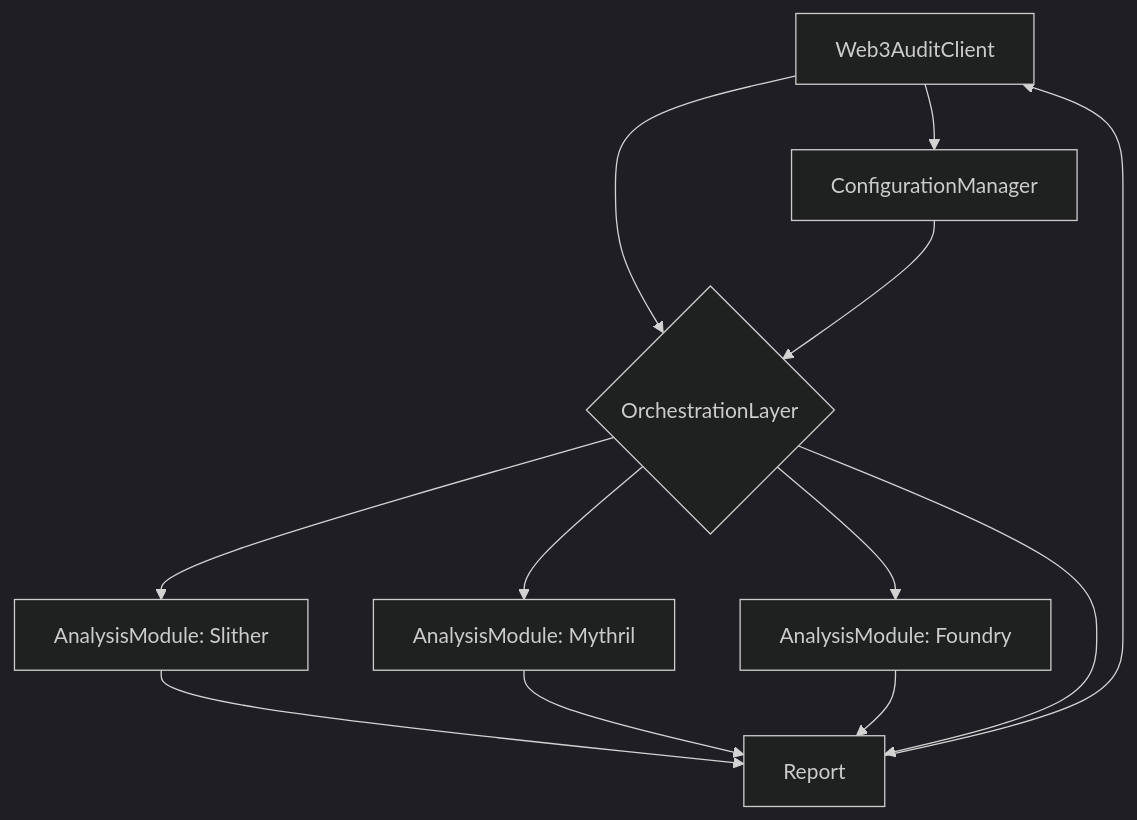
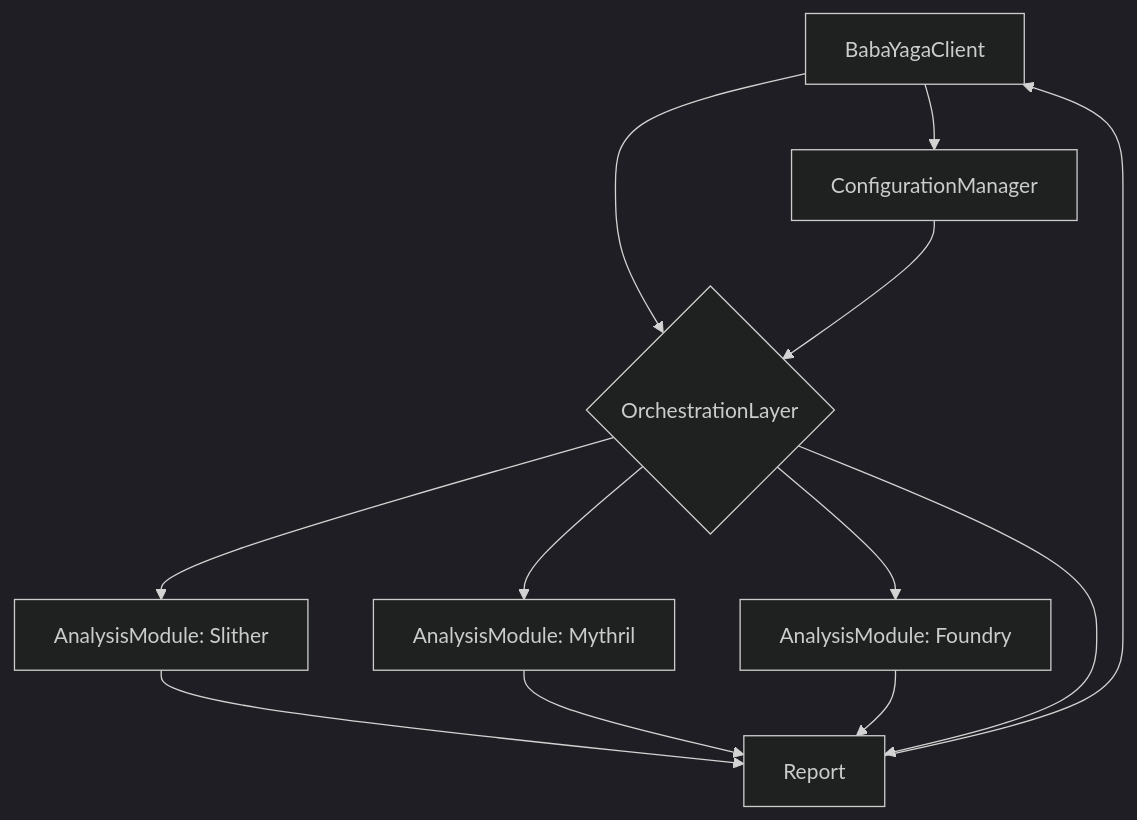
Before and after one commit to avaloki108/BabaYaga: the diagram in DESIGN.md, drawn with Mermaid (dark theme). The commit also changed other lines of this file and 18 other files, not shown here.

Commit message:
Replace all Web3Audit variations with BabaYaga throughout repository

````diff
--- a/DESIGN.md
+++ b/DESIGN.md
@@ -71,14 +71,14 @@
 ```mermaid
 graph TD
-    A[Web3AuditClient] --> B{OrchestrationLayer};
+    A[BabaYagaClient] --> B{OrchestrationLayer};
     B --> C[AnalysisModule: Slither];
     B --> D[AnalysisModule: Mythril];
     B --> E[AnalysisModule: Foundry];
     C --> F[Report];
     D --> F[Report];
     E --> F[Report];
     B --> F;
     F --> A;
     G[ConfigurationManager] --> B;
     A --> G;
 ```
````
